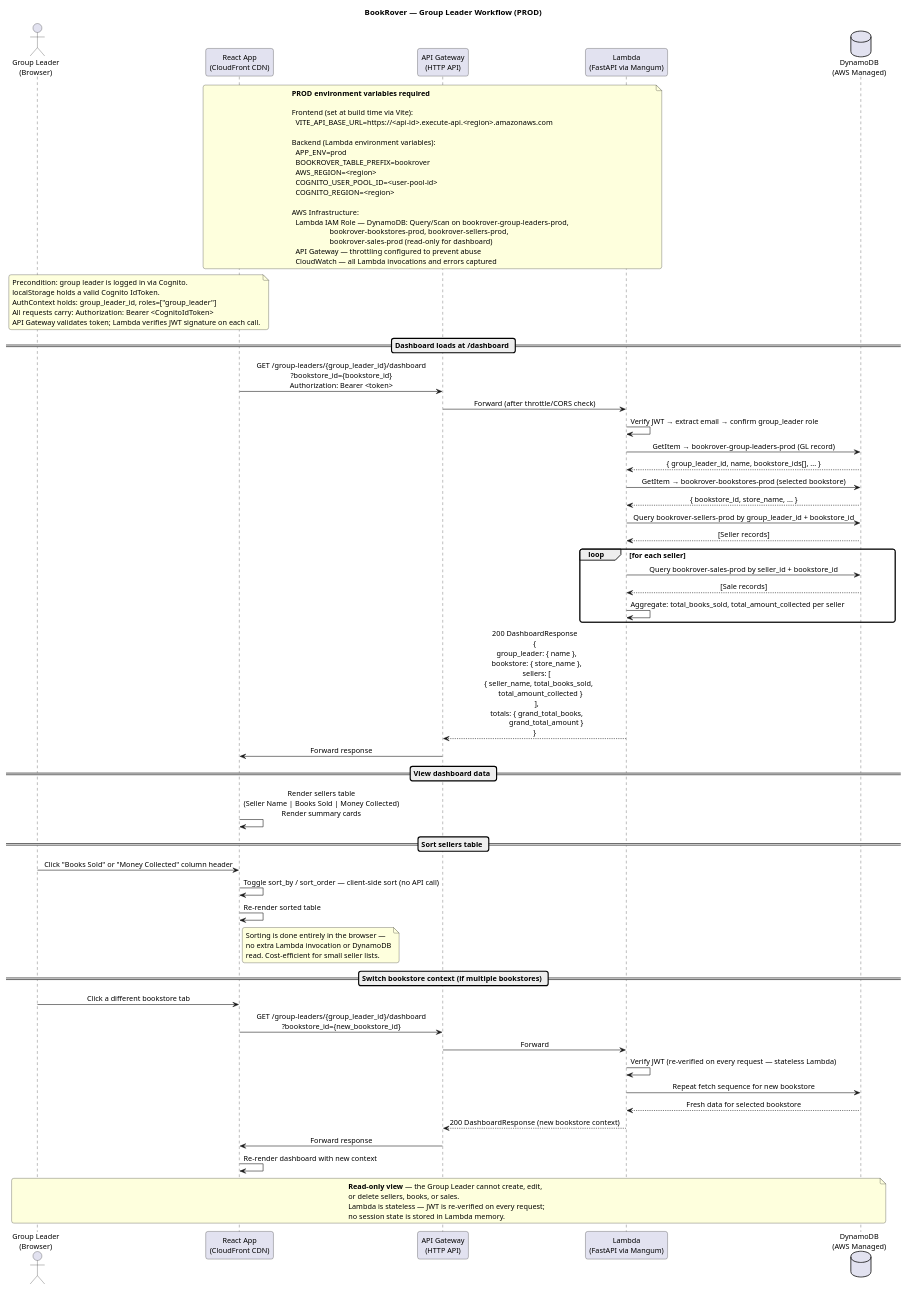
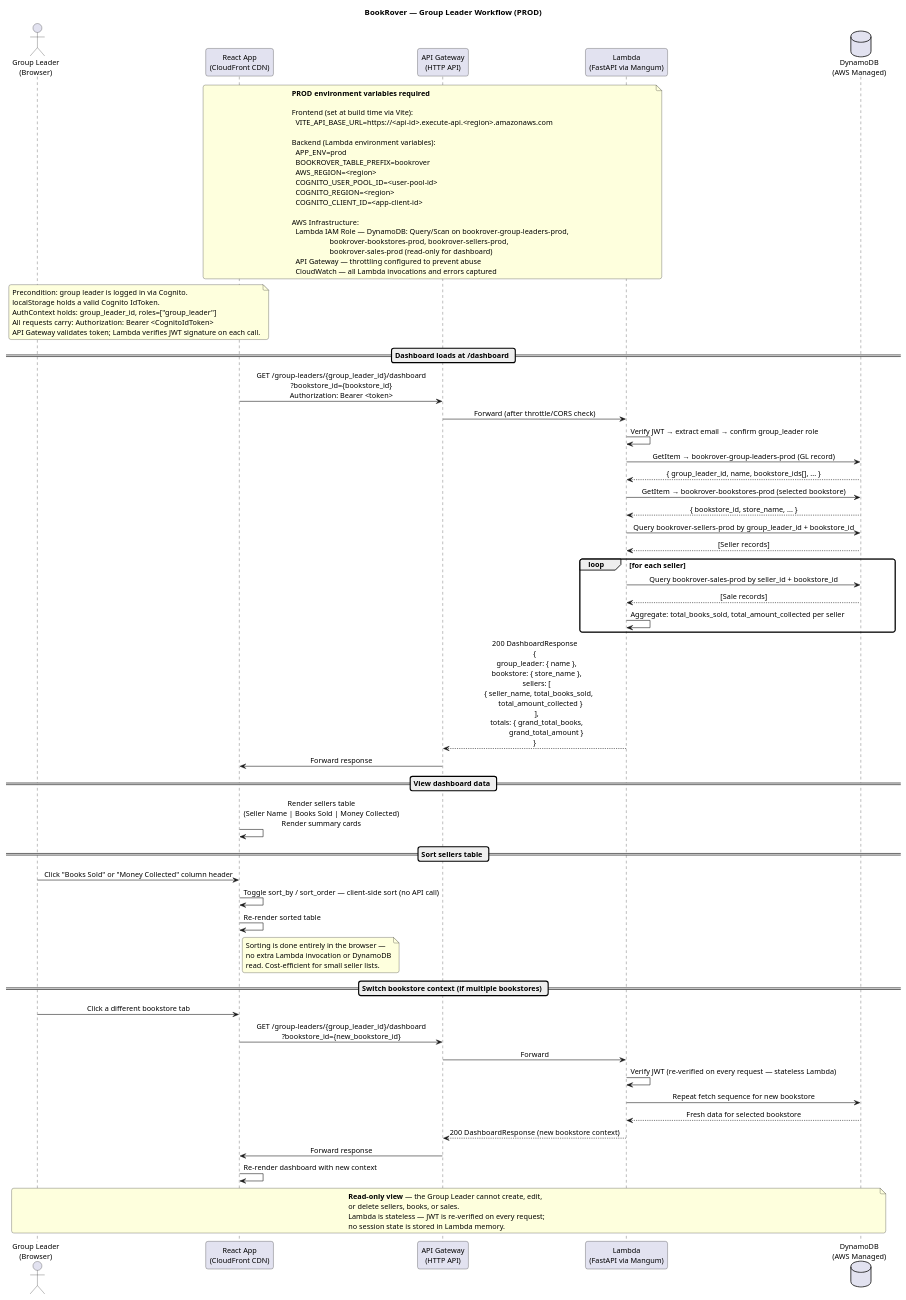
The diagram in docs/06_runtime_view/diagrams/process/prod/03_group_leader_workflow.puml (ShivkumarSSoni/BookRover), drawn with PlantUML before and after one commit. The commit also changed 16 other files, not shown here.

```diff
--- a/docs/06_runtime_view/diagrams/process/prod/03_group_leader_workflow.puml
+++ b/docs/06_runtime_view/diagrams/process/prod/03_group_leader_workflow.puml
@@ -1,101 +1,102 @@
 @startuml 03_group_leader_workflow_prod
 title BookRover — Group Leader Workflow (PROD)
 
 skinparam sequenceMessageAlign center
 skinparam responseMessageBelowArrow true
 skinparam roundcorner 8
 skinparam defaultFontSize 13
 
 actor       "Group Leader\n(Browser)"              as GL
 participant "React App\n(CloudFront CDN)"          as FE
 participant "API Gateway\n(HTTP API)"              as APIGW
 participant "Lambda\n(FastAPI via Mangum)"         as BE
 database    "DynamoDB\n(AWS Managed)"              as DB
 
 note over FE, BE
   **PROD environment variables required**
 
   Frontend (set at build time via Vite):
     VITE_API_BASE_URL=https://<api-id>.execute-api.<region>.amazonaws.com
 
   Backend (Lambda environment variables):
     APP_ENV=prod
     BOOKROVER_TABLE_PREFIX=bookrover
     AWS_REGION=<region>
     COGNITO_USER_POOL_ID=<user-pool-id>
     COGNITO_REGION=<region>
+    COGNITO_CLIENT_ID=<app-client-id>
 
   AWS Infrastructure:
     Lambda IAM Role — DynamoDB: Query/Scan on bookrover-group-leaders-prod,
                       bookrover-bookstores-prod, bookrover-sellers-prod,
                       bookrover-sales-prod (read-only for dashboard)
     API Gateway — throttling configured to prevent abuse
     CloudWatch — all Lambda invocations and errors captured
 end note
 
 note over GL, FE
   Precondition: group leader is logged in via Cognito.
   localStorage holds a valid Cognito IdToken.
   AuthContext holds: group_leader_id, roles=["group_leader"]
   All requests carry: Authorization: Bearer <CognitoIdToken>
   API Gateway validates token; Lambda verifies JWT signature on each call.
 end note
 
 == Dashboard loads at /dashboard ==
 
 FE    -> APIGW : GET /group-leaders/{group_leader_id}/dashboard\n?bookstore_id={bookstore_id}\nAuthorization: Bearer <token>
 APIGW -> BE   : Forward (after throttle/CORS check)
 
 BE    -> BE   : Verify JWT → extract email → confirm group_leader role
 BE    -> DB   : GetItem → bookrover-group-leaders-prod (GL record)
 DB   --> BE   : { group_leader_id, name, bookstore_ids[], ... }
 BE    -> DB   : GetItem → bookrover-bookstores-prod (selected bookstore)
 DB   --> BE   : { bookstore_id, store_name, ... }
 BE    -> DB   : Query bookrover-sellers-prod by group_leader_id + bookstore_id
 DB   --> BE   : [Seller records]
 
 loop for each seller
     BE -> DB : Query bookrover-sales-prod by seller_id + bookstore_id
     DB --> BE : [Sale records]
     BE -> BE : Aggregate: total_books_sold, total_amount_collected per seller
 end
 
 BE   --> APIGW : 200 DashboardResponse\n{\n  group_leader: { name },\n  bookstore: { store_name },\n  sellers: [\n    { seller_name, total_books_sold,\n      total_amount_collected }\n  ],\n  totals: { grand_total_books,\n            grand_total_amount }\n}
 APIGW -> FE   : Forward response
 
 == View dashboard data ==
 
 FE    -> FE : Render sellers table\n(Seller Name | Books Sold | Money Collected)\nRender summary cards
 
 == Sort sellers table ==
 
 GL    -> FE : Click "Books Sold" or "Money Collected" column header
 FE    -> FE : Toggle sort_by / sort_order — client-side sort (no API call)
 FE    -> FE : Re-render sorted table
 
 note right of FE
   Sorting is done entirely in the browser —
   no extra Lambda invocation or DynamoDB
   read. Cost-efficient for small seller lists.
 end note
 
 == Switch bookstore context (if multiple bookstores) ==
 
 GL    -> FE : Click a different bookstore tab
 FE    -> APIGW : GET /group-leaders/{group_leader_id}/dashboard\n?bookstore_id={new_bookstore_id}
 APIGW -> BE   : Forward
 BE    -> BE   : Verify JWT (re-verified on every request — stateless Lambda)
 BE    -> DB   : Repeat fetch sequence for new bookstore
 DB   --> BE   : Fresh data for selected bookstore
 BE   --> APIGW : 200 DashboardResponse (new bookstore context)
 APIGW -> FE   : Forward response
 FE    -> FE   : Re-render dashboard with new context
 
 note over GL, DB
   **Read-only view** — the Group Leader cannot create, edit,
   or delete sellers, books, or sales.
   Lambda is stateless — JWT is re-verified on every request;
   no session state is stored in Lambda memory.
 end note
 
 @enduml
```
